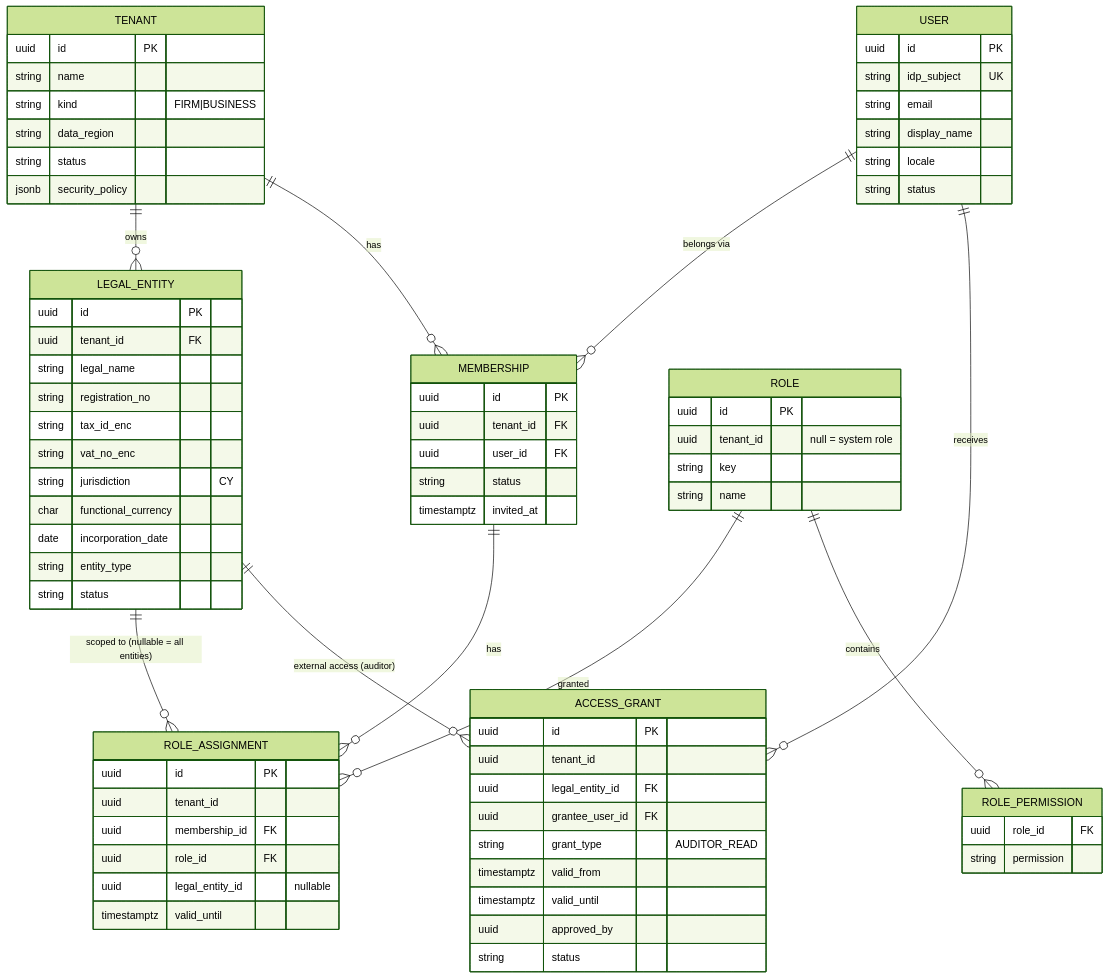
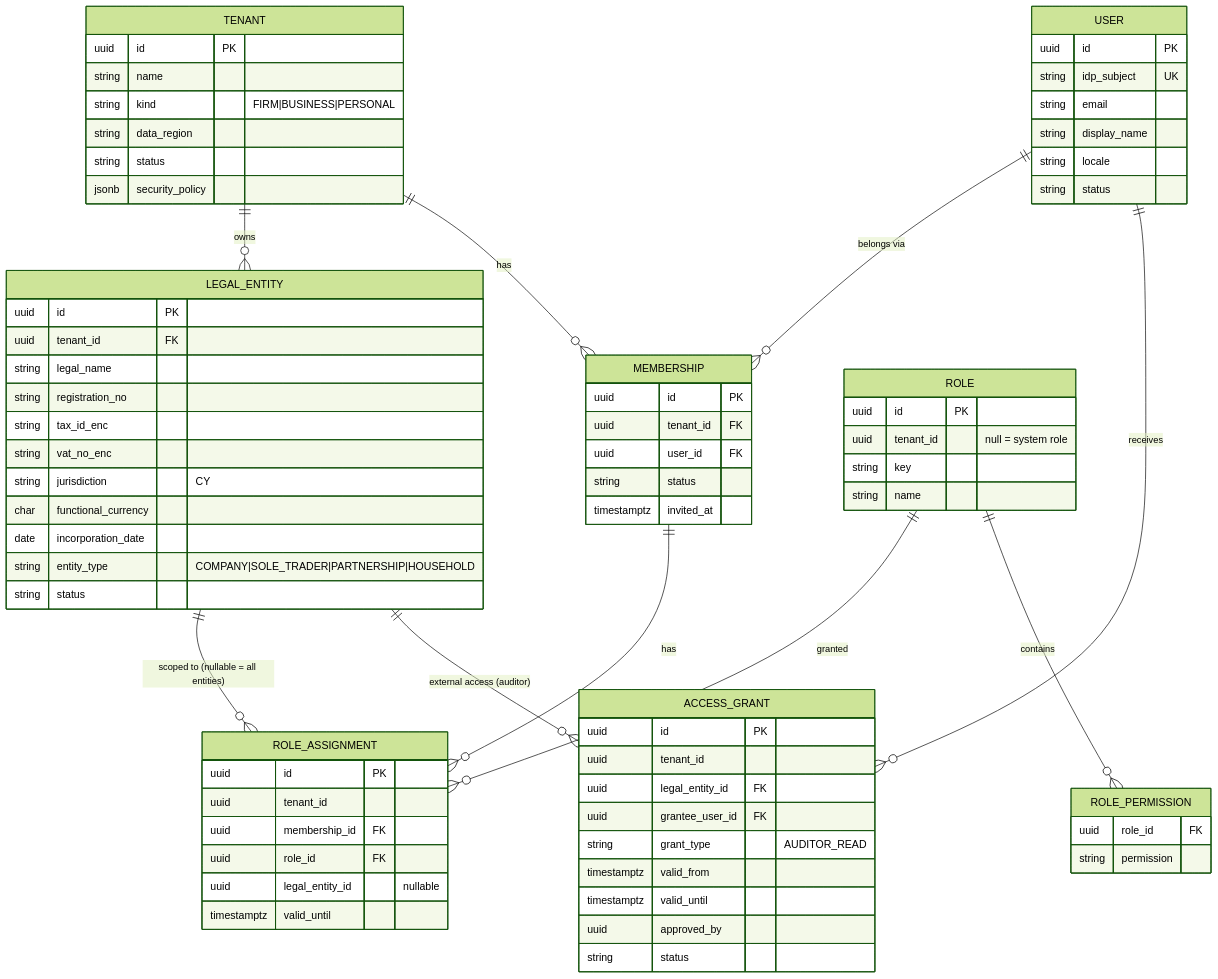
The first of 7 diagrams in docs/planning/03-entity-relationship-model.md (gsarlis05/financial-compliance-platform), drawn with Mermaid (forest theme) before and after one commit. The commit also changed other lines of this file and 16 other files, not shown here.

````diff
--- a/docs/planning/03-entity-relationship-model.md
+++ b/docs/planning/03-entity-relationship-model.md
@@ -13,78 +13,78 @@
 ```mermaid
 erDiagram
     TENANT ||--o{ LEGAL_ENTITY : owns
     TENANT ||--o{ MEMBERSHIP : has
     USER ||--o{ MEMBERSHIP : "belongs via"
     MEMBERSHIP ||--o{ ROLE_ASSIGNMENT : has
     ROLE ||--o{ ROLE_ASSIGNMENT : granted
     ROLE ||--o{ ROLE_PERMISSION : contains
     LEGAL_ENTITY ||--o{ ROLE_ASSIGNMENT : "scoped to (nullable = all entities)"
     LEGAL_ENTITY ||--o{ ACCESS_GRANT : "external access (auditor)"
     USER ||--o{ ACCESS_GRANT : receives
 
     TENANT {
         uuid id PK
         string name
-        string kind "FIRM|BUSINESS"
+        string kind "FIRM|BUSINESS|PERSONAL"
         string data_region
         string status
         jsonb security_policy
     }
     LEGAL_ENTITY {
         uuid id PK
         uuid tenant_id FK
         string legal_name
         string registration_no
         string tax_id_enc
         string vat_no_enc
         string jurisdiction "CY"
         char functional_currency
         date incorporation_date
-        string entity_type
+        string entity_type "COMPANY|SOLE_TRADER|PARTNERSHIP|HOUSEHOLD"
         string status
     }
     USER {
         uuid id PK
         string idp_subject UK
         string email
         string display_name
         string locale
         string status
     }
     MEMBERSHIP {
         uuid id PK
         uuid tenant_id FK
         uuid user_id FK
         string status
         timestamptz invited_at
     }
     ROLE {
         uuid id PK
         uuid tenant_id "null = system role"
         string key
         string name
     }
     ROLE_PERMISSION {
         uuid role_id FK
         string permission
     }
     ROLE_ASSIGNMENT {
         uuid id PK
         uuid tenant_id
         uuid membership_id FK
         uuid role_id FK
         uuid legal_entity_id "nullable"
         timestamptz valid_until
     }
     ACCESS_GRANT {
         uuid id PK
         uuid tenant_id
         uuid legal_entity_id FK
         uuid grantee_user_id FK
         string grant_type "AUDITOR_READ"
         timestamptz valid_from
         timestamptz valid_until
         uuid approved_by
         string status
     }
 ```
````
